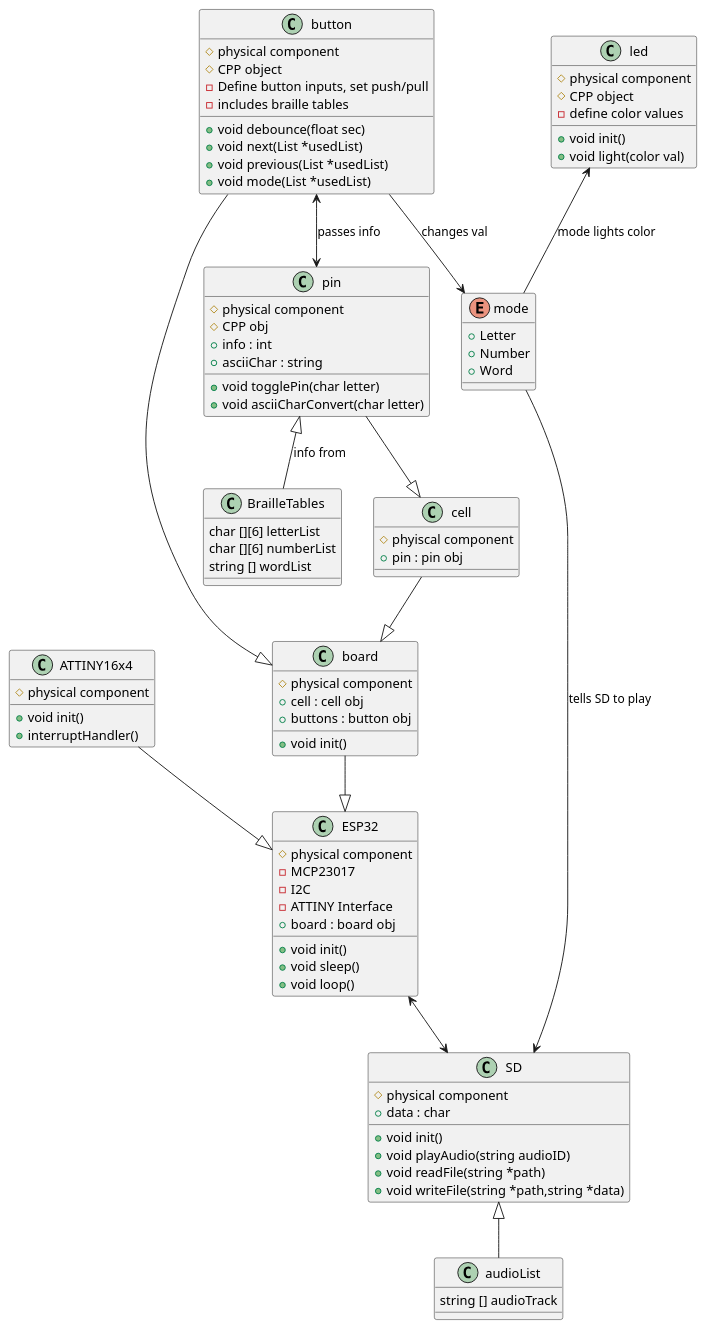
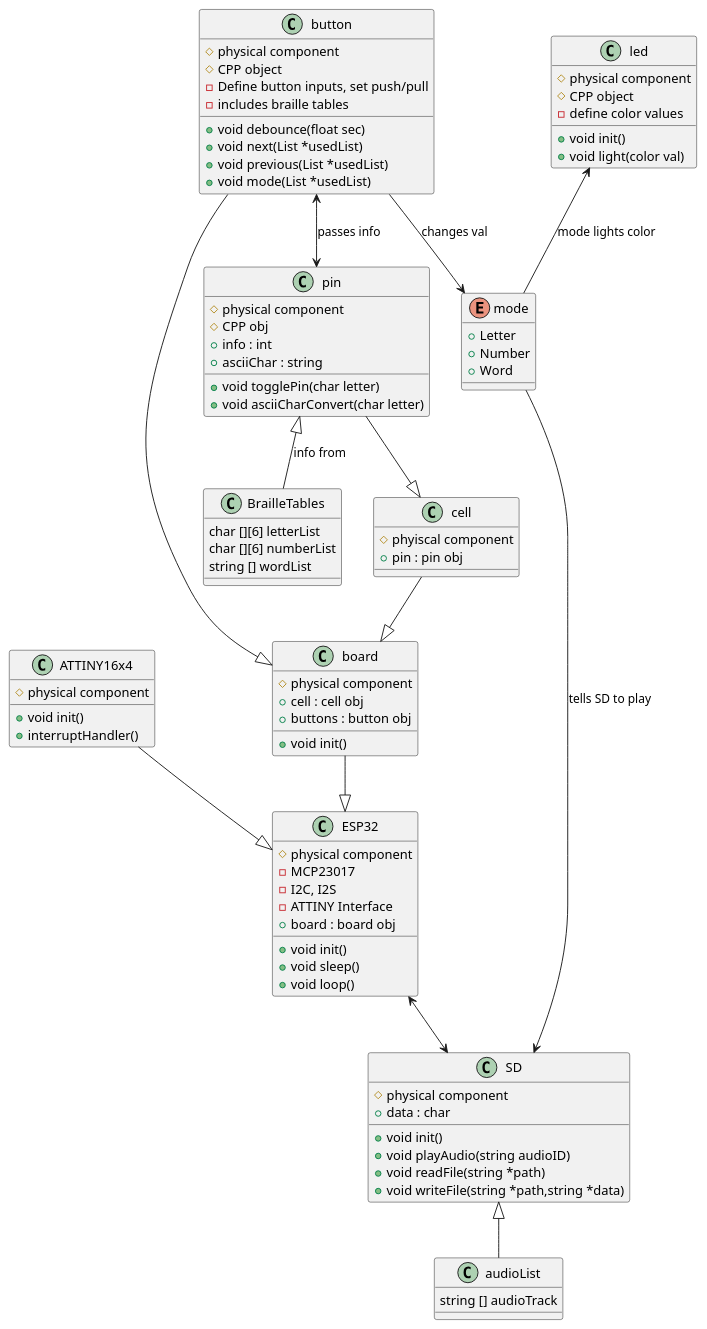
One commit to nathe6/ENGR696-Braille changed the diagram in Braille_Project/main/Braille.puml. Above: the diagram before and after it, drawn with PlantUML. The commit also changed 34 other files, not shown here.

```diff
--- a/Braille_Project/main/Braille.puml
+++ b/Braille_Project/main/Braille.puml
@@ -1,101 +1,101 @@
 @startuml braille
 ' skinparam linetype polyline
 
 together {
     class board {
         # physical component
         + void init()
         + cell : cell obj
         + buttons : button obj
     }
 
     class cell {
         # phyiscal component
         + pin : pin obj
     }
 
         cell --|> board
         button --|> board
         pin --|> cell
 
     class pin {
         # physical component
         # CPP obj
         + info : int
         + asciiChar : string
         + void togglePin(char letter)
         + void asciiCharConvert(char letter)
     }
 
         pin <|-- BrailleTables : info from
         BrailleTables : char [][6] letterList
         BrailleTables : char [][6] numberList
         BrailleTables : string [] wordList
 
     class button {
         # physical component
         # CPP object
         - Define button inputs, set push/pull
         - includes braille tables
         + void debounce(float sec) 
         + void next(List *usedList) 
         + void previous(List *usedList)
         + void mode(List *usedList)
     }
 
         button <--> pin : passes info 
         button --> mode : changes val
 
 }
 
 class ESP32 {
     # physical component
     - MCP23017
-    - I2C
+    - I2C, I2S
     - ATTINY Interface
     + board : board obj
     + void init()
     + void sleep()
     + void loop()
 }
 
 class ATTINY16x4 {
     # physical component
     + void init()
     + interruptHandler()
 }
 
     ATTINY16x4 --|> ESP32
     board --|> ESP32
 
 class SD {
     # physical component
     + data : char
     + void init()
     + void playAudio(string audioID)
     + void readFile(string *path)
     + void writeFile(string *path,string *data)
 }
 
     SD <|-- audioList 
     audioList : string [] audioTrack
     mode -> SD : tells SD to play
     ESP32 <--> SD 
 
 class led {
     # physical component
     # CPP object
     - define color values
     + void init()
     + void light(color val)
 }
 
     led <-- mode : mode lights color
 
 enum mode {
     + Letter
     + Number
     + Word
 } 
 
 @enduml
```
